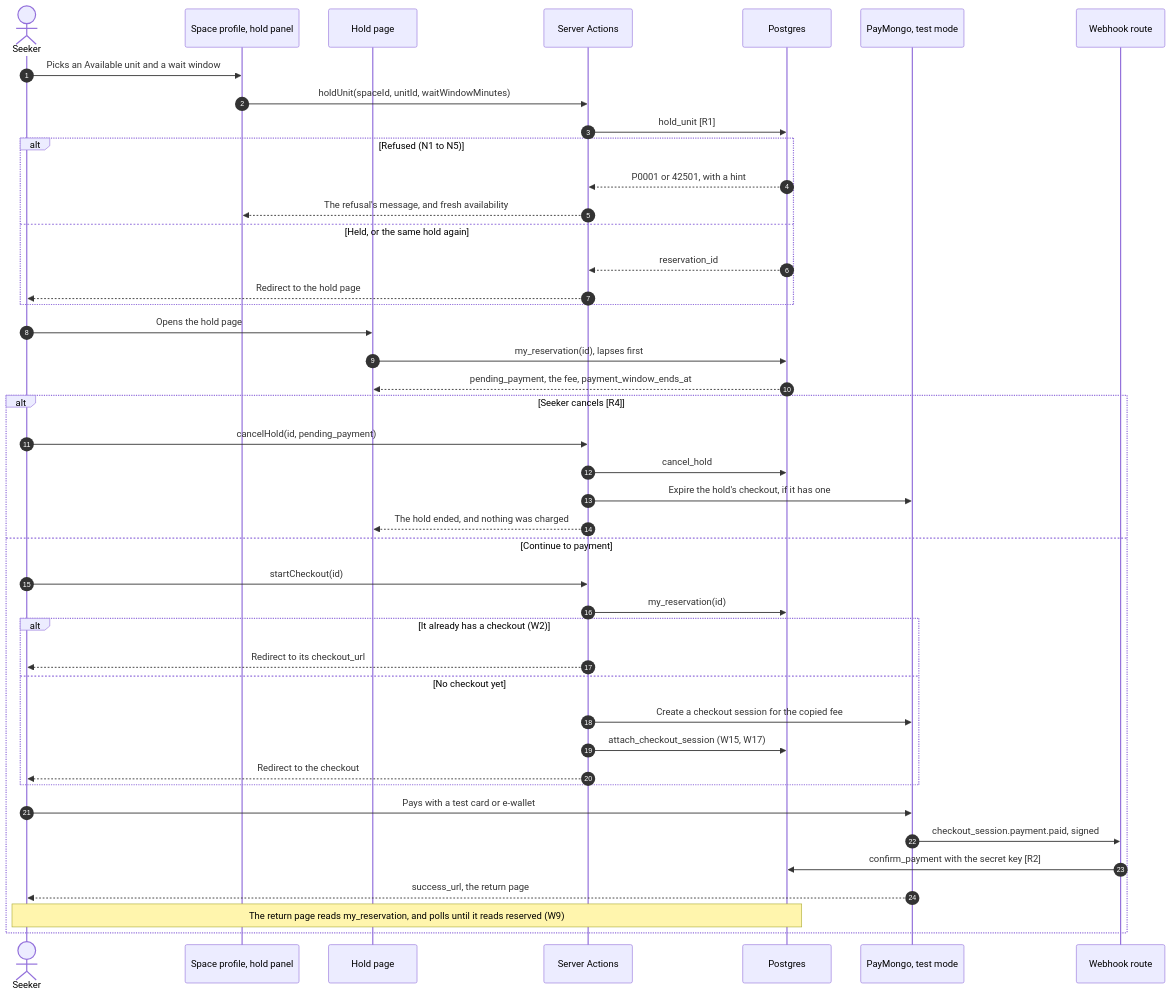
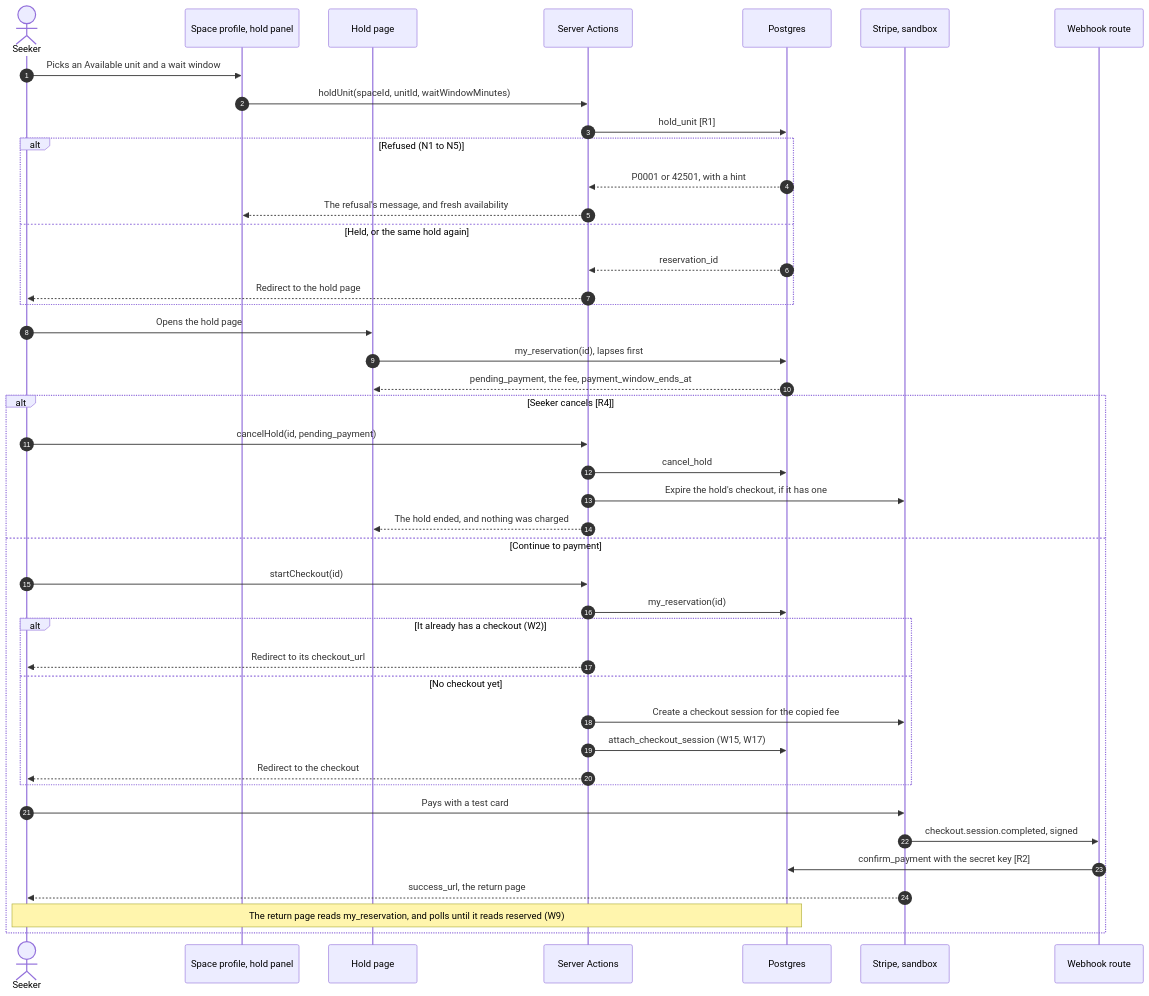
The diagram in docs/design/STORY-09-reserve-now-holds.md (dreeyanzz/studyhub), drawn with Mermaid before and after one commit. The commit also changed other lines of this file and 6 other files, not shown here.

First line of the commit message:
docs(STORY-09): switch the sandbox gateway to Stripe (#293)

````diff
--- a/docs/design/STORY-09-reserve-now-holds.md
+++ b/docs/design/STORY-09-reserve-now-holds.md
@@ -69,45 +69,45 @@
 ```mermaid
 sequenceDiagram
     autonumber
     actor S as Seeker
     participant P as Space profile, hold panel
     participant H as Hold page
     participant A as Server Actions
     participant DB as Postgres
-    participant PM as PayMongo, test mode
+    participant ST as Stripe, sandbox
     participant WH as Webhook route
     S->>P: Picks an Available unit and a wait window
     P->>A: holdUnit(spaceId, unitId, waitWindowMinutes)
     A->>DB: hold_unit [R1]
     alt Refused (N1 to N5)
         DB-->>A: P0001 or 42501, with a hint
         A-->>P: The refusal's message, and fresh availability
     else Held, or the same hold again
         DB-->>A: reservation_id
         A-->>S: Redirect to the hold page
     end
     S->>H: Opens the hold page
     H->>DB: my_reservation(id), lapses first
     DB-->>H: pending_payment, the fee, payment_window_ends_at
     alt Seeker cancels [R4]
         S->>A: cancelHold(id, pending_payment)
         A->>DB: cancel_hold
-        A->>PM: Expire the hold's checkout, if it has one
+        A->>ST: Expire the hold's checkout, if it has one
         A-->>H: The hold ended, and nothing was charged
     else Continue to payment
         S->>A: startCheckout(id)
         A->>DB: my_reservation(id)
         alt It already has a checkout (W2)
             A-->>S: Redirect to its checkout_url
         else No checkout yet
-            A->>PM: Create a checkout session for the copied fee
+            A->>ST: Create a checkout session for the copied fee
             A->>DB: attach_checkout_session (W15, W17)
             A-->>S: Redirect to the checkout
         end
-        S->>PM: Pays with a test card or e-wallet
-        PM->>WH: checkout_session.payment.paid, signed
+        S->>ST: Pays with a test card
+        ST->>WH: checkout.session.completed, signed
         WH->>DB: confirm_payment with the secret key [R2]
-        PM-->>S: success_url, the return page
+        ST-->>S: success_url, the return page
         Note over S,DB: The return page reads my_reservation, and polls until it reads reserved (W9)
     end
 ```
````
